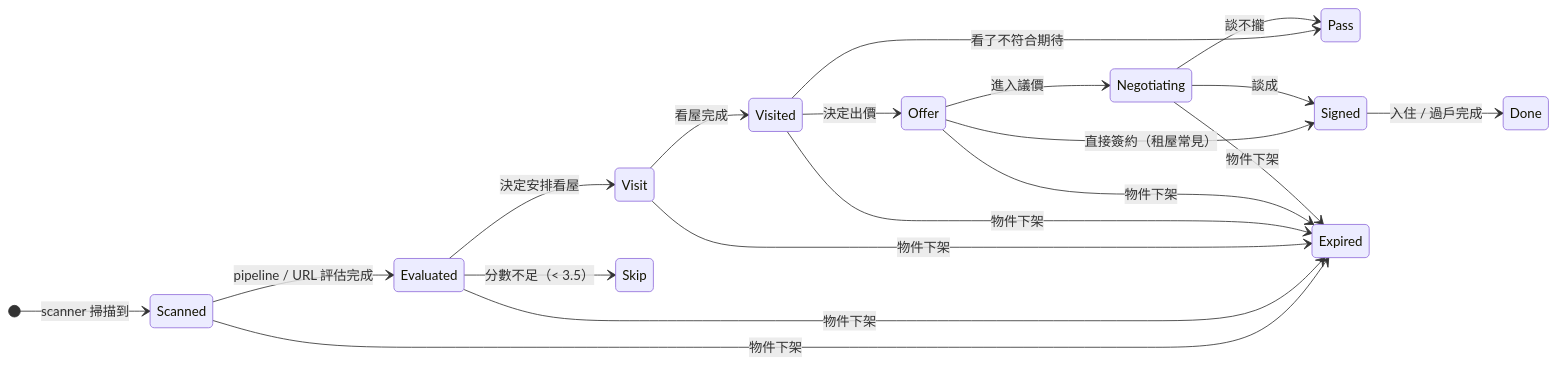
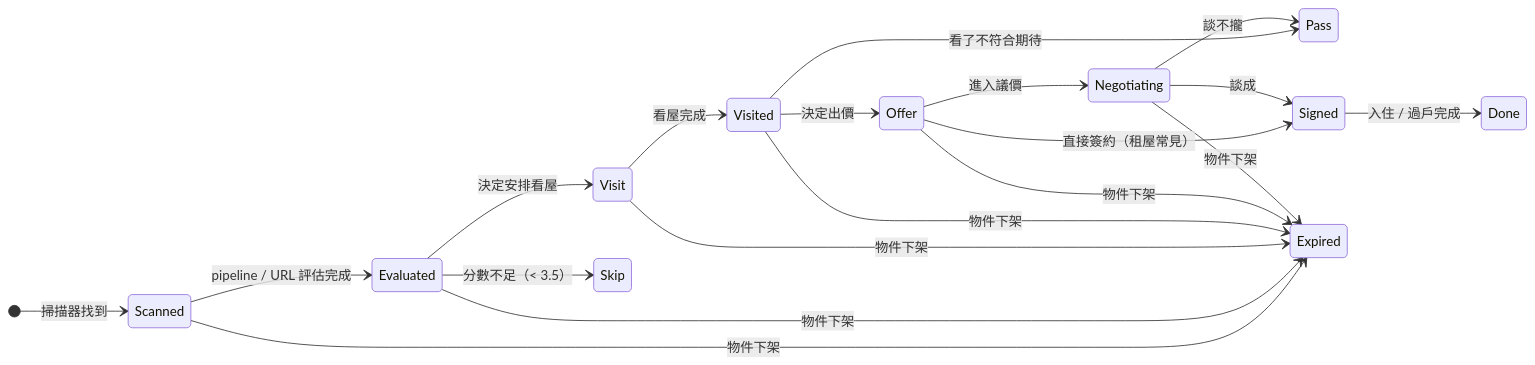
The seventh of 7 diagrams in TUTORIAL.md (kylinfish/tw-house-ops), drawn with Mermaid before and after one commit. The commit also changed other lines of this file and 1 other file, not shown here.

````diff
--- a/TUTORIAL.md
+++ b/TUTORIAL.md
@@ -392,23 +392,23 @@
 ```mermaid
 stateDiagram-v2
     direction LR
-    [*] --> Scanned : scanner 掃描到
+    [*] --> Scanned : 掃描器找到
     Scanned --> Evaluated : pipeline / URL 評估完成
     Evaluated --> Visit : 決定安排看屋
     Evaluated --> Skip : 分數不足（< 3.5）
     Visit --> Visited : 看屋完成
     Visited --> Offer : 決定出價
     Visited --> Pass : 看了不符合期待
     Offer --> Negotiating : 進入議價
     Offer --> Signed : 直接簽約（租屋常見）
     Negotiating --> Signed : 談成
     Negotiating --> Pass : 談不攏
     Signed --> Done : 入住 / 過戶完成
 
     Scanned --> Expired : 物件下架
     Evaluated --> Expired : 物件下架
     Visit --> Expired : 物件下架
     Visited --> Expired : 物件下架
     Offer --> Expired : 物件下架
     Negotiating --> Expired : 物件下架
 ```
````
